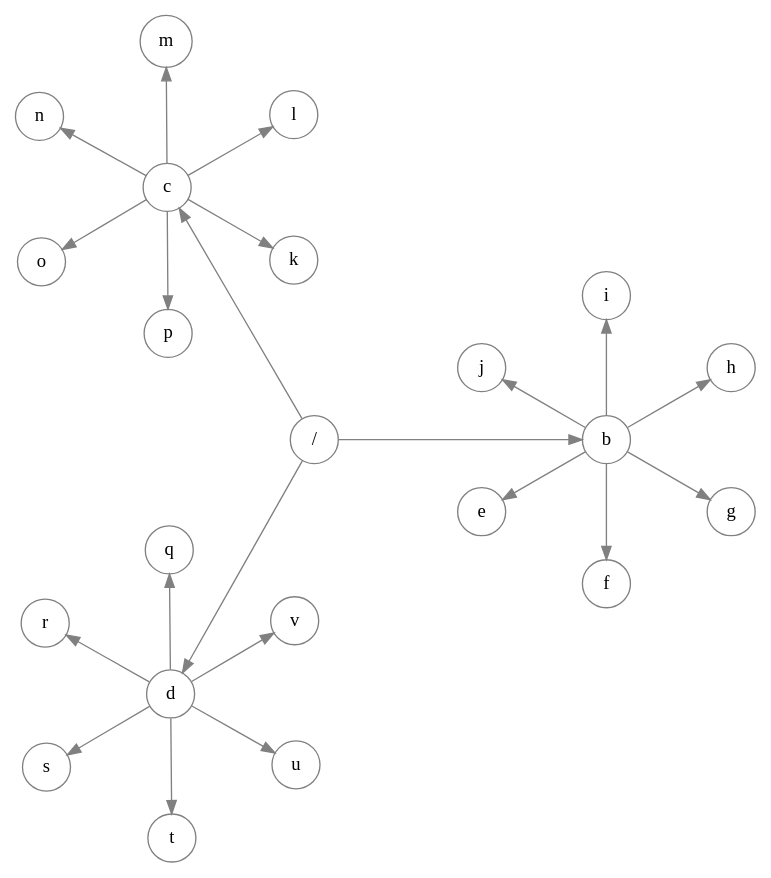
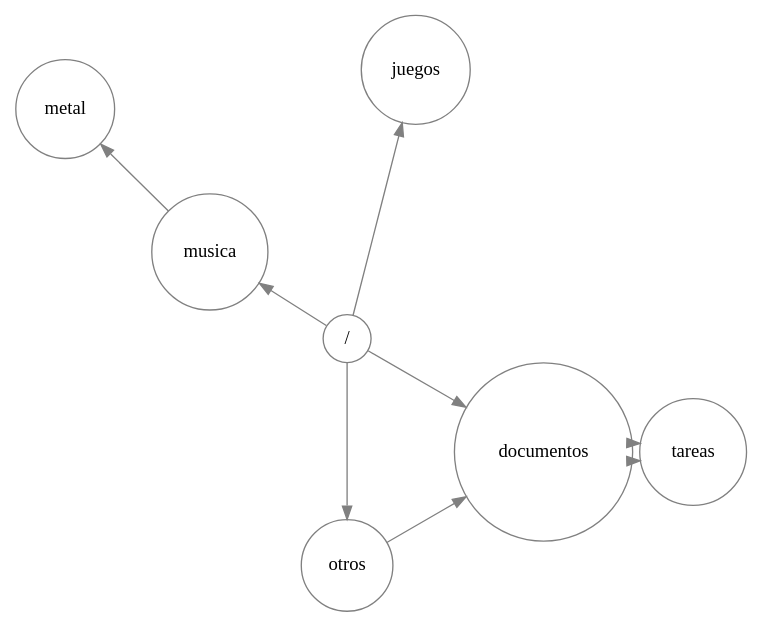
Before and after one commit to deathstroke021/EDD_2S2019_PY2_201503961: the diagram in PruebaVentanas/grafo.dot, drawn with Graphviz. The commit also changed 32 other files, not shown here.

```diff
--- a/PruebaVentanas/grafo.dot
+++ b/PruebaVentanas/grafo.dot
@@ -1,19 +1,18 @@
 digraph circo {
 
 graph [layout = circo]
 
 node [shape = circle,
       style = filled,
       color = grey
       ]
 
 node [fillcolor = white]
 
 edge [color = grey]
-"/" -> {b}
-"/" -> {c}
-"/" -> {d}
-b -> {e f g h i j}
-c -> {k l m n o p}
-d -> {q r s t u v}
+"/" -> {documentos,juegos,musica,otros}
+documentos -> {tareas}
+musica -> {metal}
+otros -> {documentos}
+documentos -> {tareas}
 }
```
